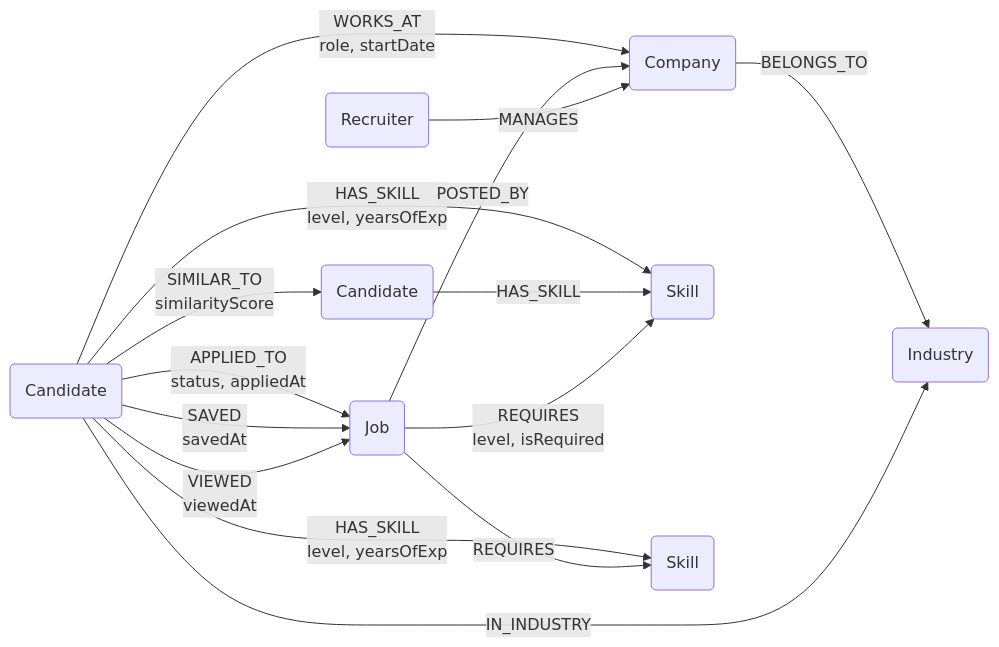
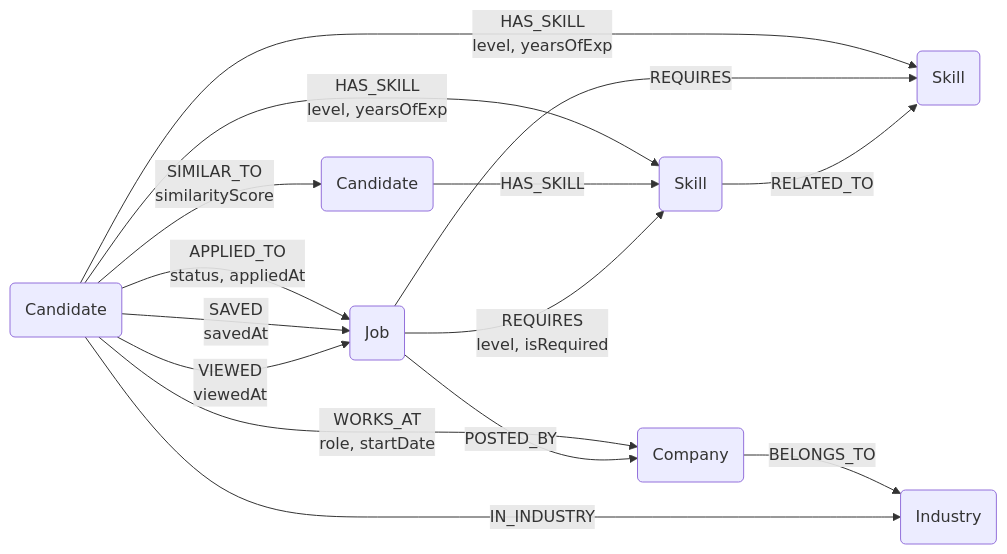
Before and after one commit to AnnBuiii/csdlnc: the third of 4 diagrams in BaoCao_DoAn_HeThongTuyenDungThongMinh.md, drawn with Mermaid. The commit also changed other lines of this file and 20 other files, not shown here.

````diff
--- a/BaoCao_DoAn_HeThongTuyenDungThongMinh.md
+++ b/BaoCao_DoAn_HeThongTuyenDungThongMinh.md
@@ -441,26 +405,25 @@
 ```mermaid
 graph LR
     C1(Candidate)
     C2(Candidate)
-    R(Recruiter)
     J(Job)
     CO(Company)
     SK1(Skill)
     SK2(Skill)
     IND(Industry)
 
     C1 -->|HAS_SKILL\nlevel, yearsOfExp| SK1
     C1 -->|HAS_SKILL\nlevel, yearsOfExp| SK2
     C2 -->|HAS_SKILL| SK1
     C1 -->|APPLIED_TO\nstatus, appliedAt| J
     C1 -->|WORKS_AT\nrole, startDate| CO
     C1 -->|SAVED\nsavedAt| J
     C1 -->|VIEWED\nviewedAt| J
     C1 -->|SIMILAR_TO\nsimilarityScore| C2
     J -->|REQUIRES\nlevel, isRequired| SK1
     J -->|REQUIRES| SK2
     J -->|POSTED_BY| CO
     CO -->|BELONGS_TO| IND
     C1 -->|IN_INDUSTRY| IND
-    R -->|MANAGES| CO
+    SK1 -->|RELATED_TO| SK2
 ```
````
